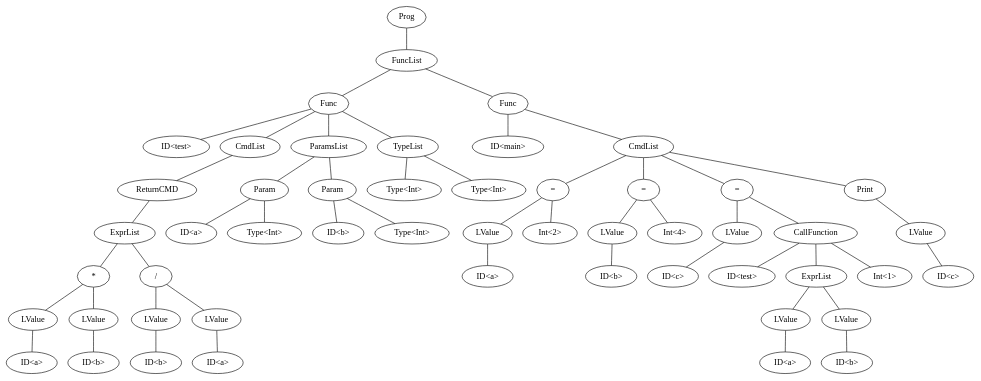
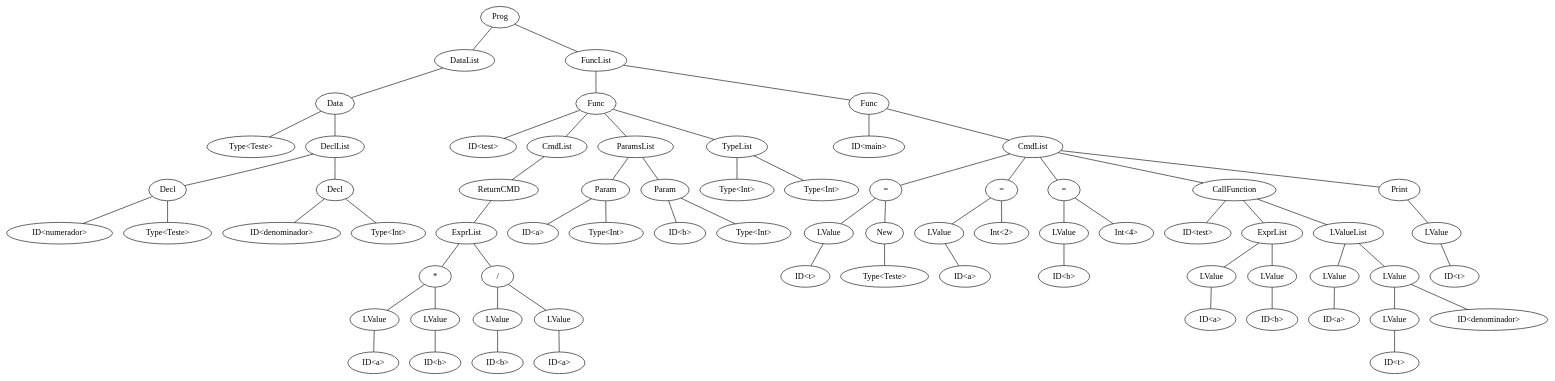
The diagram in ast.dot (Patrick448/Trabalho-Compiladores), drawn with Graphviz before and after one commit. The commit also changed 4 other files, not shown here.

```diff
--- a/ast.dot
+++ b/ast.dot
@@ -1,105 +1,141 @@
 graph program {
-51 [label=Prog]
-51--25
-25 [label=FuncList]
+70 [label=Prog]
+70--9
+9 [label=DataList]
+9--8
+8 [label= "Data"]
+8--7
+7 [label="Type<Teste>"]
+8--3
+3 [label=DeclList]
+3--2
+2 [label="Decl"]
+2--1
+1 [label="ID<numerador>"]
+2--0
+0 [label="Type<Teste>"]
+3--6
+6 [label="Decl"]
+6--5
+5 [label="ID<denominador>"]
+6--4
+4 [label="Type<Int>"]
+70--36
+36 [label=FuncList]
+36--35
+35 [label="Func"]
+35--34
+34 [label="ID<test>"]
+35--33
+33 [label=CmdList]
+33--32
+32 [label="ReturnCMD"]
+32--26
+26 [label=ExprList]
+26--25
+25 [label= "*"]
+25--22
+22 [label="LValue"]
+22--21
+21 [label="ID<a>"]
 25--24
-24 [label="Func"]
+24 [label="LValue"]
 24--23
-23 [label="ID<test>"]
-24--22
-22 [label=CmdList]
-22--21
-21 [label="ReturnCMD"]
-21--15
-15 [label=ExprList]
-15--14
-14 [label= "*"]
-14--11
-11 [label="LValue"]
-11--10
-10 [label="ID<a>"]
+23 [label="ID<b>"]
+26--31
+31 [label= "/"]
+31--28
+28 [label="LValue"]
+28--27
+27 [label="ID<b>"]
+31--30
+30 [label="LValue"]
+30--29
+29 [label="ID<a>"]
+35--14
+14 [label="ParamsList"]
 14--13
-13 [label="LValue"]
+13 [label="Param"]
 13--12
-12 [label="ID<b>"]
-15--20
-20 [label= "/"]
-20--17
-17 [label="LValue"]
+12 [label="ID<a>"]
+13--11
+11 [label="Type<Int>"]
+14--17
+17 [label="Param"]
 17--16
 16 [label="ID<b>"]
-20--19
-19 [label="LValue"]
+17--15
+15 [label="Type<Int>"]
+35--19
+19 [label="TypeList"]
 19--18
-18 [label="ID<a>"]
-24--3
-3 [label="ParamsList"]
-3--2
-2 [label="Param"]
-2--1
-1 [label="ID<a>"]
-2--0
-0 [label="Type<Int>"]
-3--6
-6 [label="Param"]
-6--5
-5 [label="ID<b>"]
-6--4
-4 [label="Type<Int>"]
-24--8
-8 [label="TypeList"]
-8--7
-7 [label="Type<Int>"]
-8--9
-9 [label="Type<Int>"]
-25--50
-50 [label="Func"]
-50--49
-49 [label="ID<main>"]
-50--30
-30 [label=CmdList]
-30--29
-29 [label= "="]
-29--27
-27 [label="LValue"]
-27--26
-26 [label="ID<a>"]
-29--28
-28 [label="Int<2>"]
-30--34
-34 [label= "="]
-34--32
-32 [label="LValue"]
-32--31
-31 [label="ID<b>"]
-34--33
-33 [label="Int<4>"]
-30--45
-45 [label= "="]
-45--36
-36 [label="LValue"]
-36--35
-35 [label="ID<c>"]
-45--44
-44 [label= "CallFunction"]
-44--43
-43 [label="ID<test>"]
-44--39
-39 [label=ExprList]
-39--38
+18 [label="Type<Int>"]
+19--20
+20 [label="Type<Int>"]
+36--69
+69 [label="Func"]
+69--68
+68 [label="ID<main>"]
+69--42
+42 [label=CmdList]
+42--41
+41 [label= "="]
+41--38
 38 [label="LValue"]
 38--37
-37 [label="ID<a>"]
-39--41
-41 [label="LValue"]
+37 [label="ID<t>"]
 41--40
-40 [label="ID<b>"]
-44--42
-42 [label="Int<1>"]
-30--48
-48 [label="Print"]
+40 [label= "New"]
+40--39
+39 [label="Type<Teste>"]
+42--46
+46 [label= "="]
+46--44
+44 [label="LValue"]
+44--43
+43 [label="ID<a>"]
+46--45
+45 [label="Int<2>"]
+42--50
+50 [label= "="]
+50--48
+48 [label="LValue"]
 48--47
-47 [label="LValue"]
-47--46
-46 [label="ID<c>"]
+47 [label="ID<b>"]
+50--49
+49 [label="Int<4>"]
+42--64
+64 [label= "CallFunction"]
+64--63
+63 [label="ID<test>"]
+64--53
+53 [label=ExprList]
+53--52
+52 [label="LValue"]
+52--51
+51 [label="ID<a>"]
+53--55
+55 [label="LValue"]
+55--54
+54 [label="ID<b>"]
+64--58
+58 [label=LValueList]
+58--57
+57 [label="LValue"]
+57--56
+56 [label="ID<a>"]
+58--62
+62 [label="LValue"]
+62--60
+60 [label="LValue"]
+60--59
+59 [label="ID<t>"]
+62--61
+61 [label="ID<denominador>"]
+42--67
+67 [label="Print"]
+67--66
+66 [label="LValue"]
+66--65
+65 [label="ID<t>"]
 }
```
